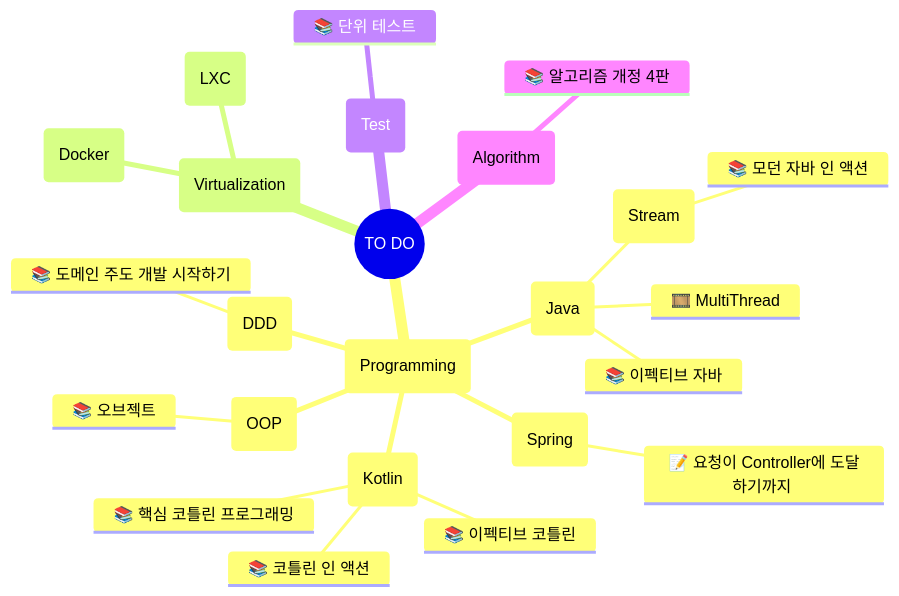
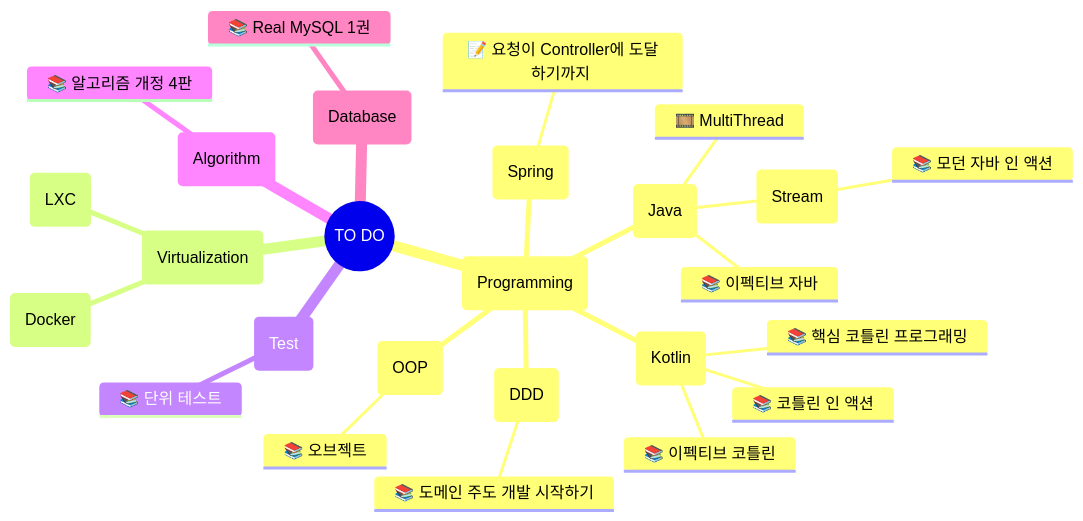
The diagram in README.md (jdalma/footprints), drawn with Mermaid before and after one commit.

Commit message:
수정

````diff
--- a/README.md
+++ b/README.md
@@ -3,27 +3,29 @@
 ```mermaid
 mindmap
   root((TO DO))
     (Programming)
       (Java)
         (Stream)
           📚 모던 자바 인 액션
         🎞️ MultiThread
         📚 이펙티브 자바
       (Spring)
         📝 요청이 Controller에 도달하기까지 
       (Kotlin)
         📚 코틀린 인 액션
         📚 핵심 코틀린 프로그래밍
         📚 이펙티브 코틀린
       (OOP)
         📚 오브젝트
       (DDD)
         📚 도메인 주도 개발 시작하기
     (Virtualization)
       (Docker)
       (LXC)
     (Test)
       📚 단위 테스트
     (Algorithm)
       📚 알고리즘 개정 4판
+    (Database)
+      📚 Real MySQL 1권
 ```
````
